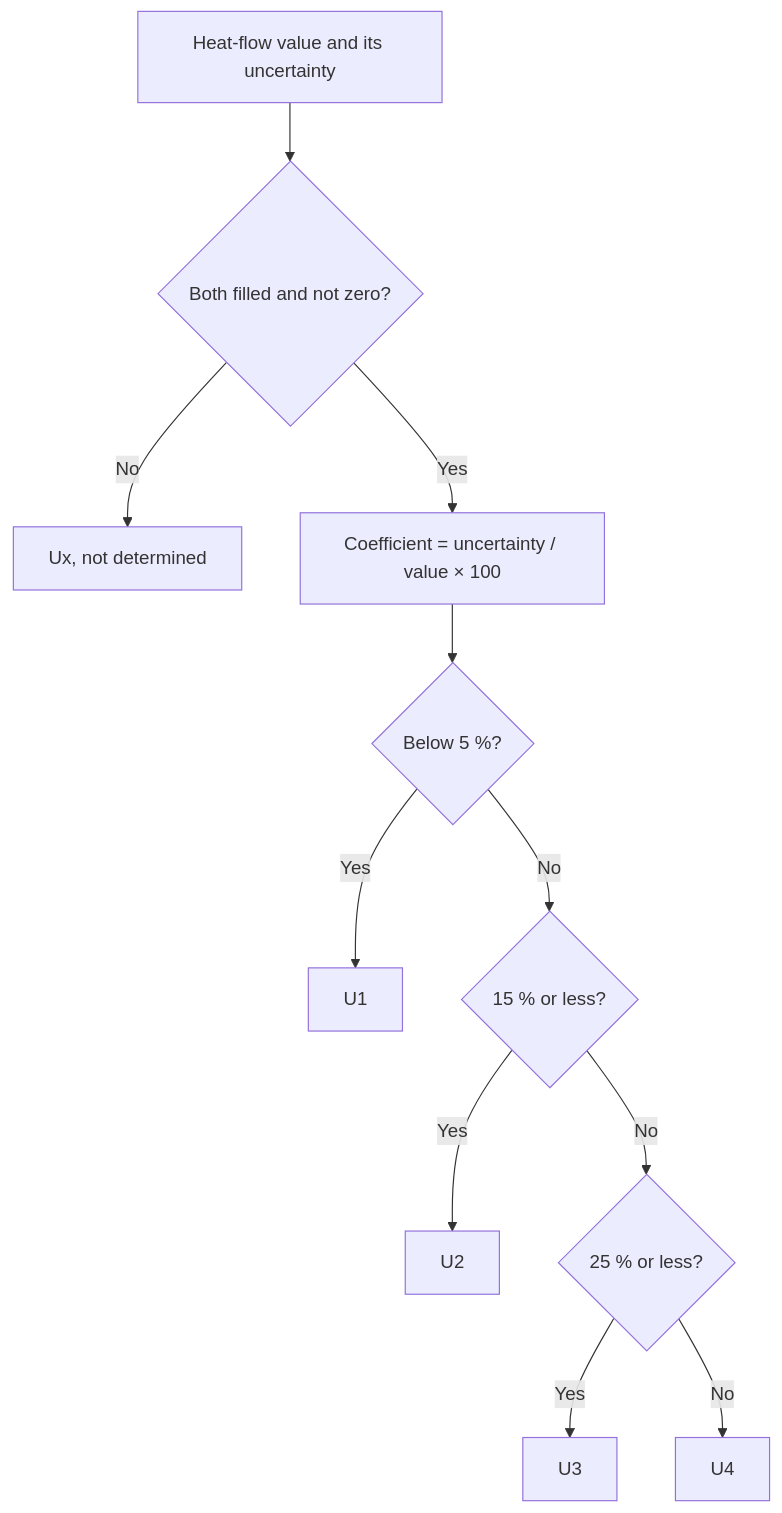
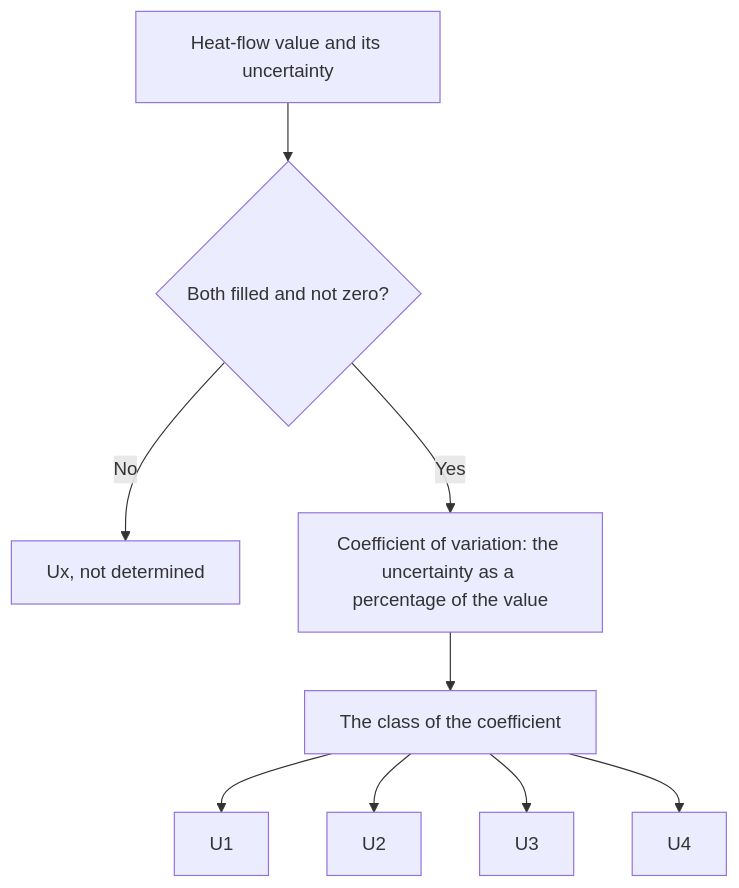
The diagram in docs/reference/quality-scheme/u-score.md (ihfc-iugg/ghfdb), drawn with Mermaid before and after one commit. The commit also changed other lines of this file and 83 other files, not shown here.

````diff
--- a/docs/reference/quality-scheme/u-score.md
+++ b/docs/reference/quality-scheme/u-score.md
@@ -31,13 +31,11 @@
 ```{mermaid}
 flowchart TD
     start["Heat-flow value and its uncertainty"] --> filled{"Both filled and not zero?"}
     filled -->|"No"| ux["Ux, not determined"]
-    filled -->|"Yes"| coefficient["Coefficient = uncertainty / value × 100"]
-    coefficient --> five{"Below 5 %?"}
-    five -->|"Yes"| u1["U1"]
-    five -->|"No"| fifteen{"15 % or less?"}
-    fifteen -->|"Yes"| u2["U2"]
-    fifteen -->|"No"| twentyfive{"25 % or less?"}
-    twentyfive -->|"Yes"| u3["U3"]
-    twentyfive -->|"No"| u4["U4"]
+    filled -->|"Yes"| coefficient["Coefficient of variation: the uncertainty as a percentage of the value"]
+    coefficient --> classes["The class of the coefficient"]
+    classes --> u1["U1"]
+    classes --> u2["U2"]
+    classes --> u3["U3"]
+    classes --> u4["U4"]
 ```
````
